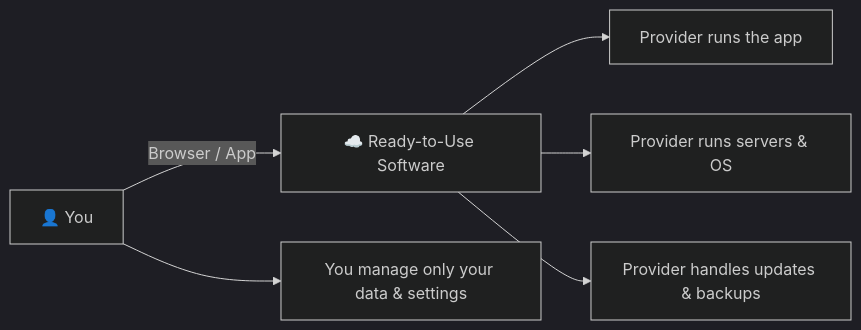
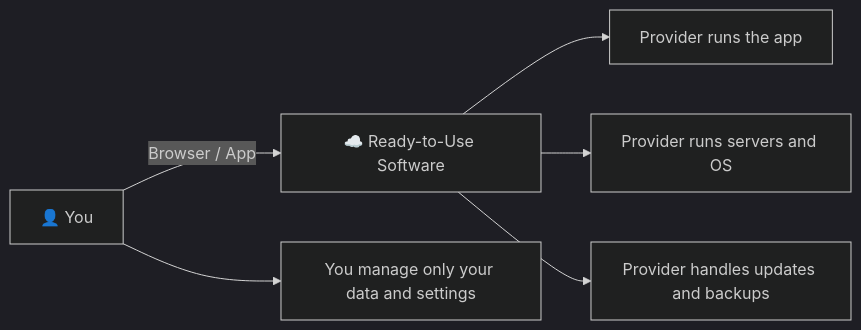
Before and after one commit to Prabakaran-MS/crashCourse: the first of 2 diagrams in Learning/Cloud-Computing/02-Service-Models/saas.md, drawn with Mermaid (dark theme). The commit also changed other lines of this file and 84 other files, not shown here.

````diff
--- a/Learning/Cloud-Computing/02-Service-Models/saas.md
+++ b/Learning/Cloud-Computing/02-Service-Models/saas.md
@@ -22,8 +22,8 @@
 ```mermaid
 flowchart LR
     User["👤 You"] -->|"Browser / App"| App["☁️ Ready-to-Use Software"]
     App --> V1["Provider runs the app"]
-    App --> V2["Provider runs servers & OS"]
-    App --> V3["Provider handles updates & backups"]
-    User --> D["You manage only your data & settings"]
+    App --> V2["Provider runs servers and OS"]
+    App --> V3["Provider handles updates and backups"]
+    User --> D["You manage only your data and settings"]
 ```
````
